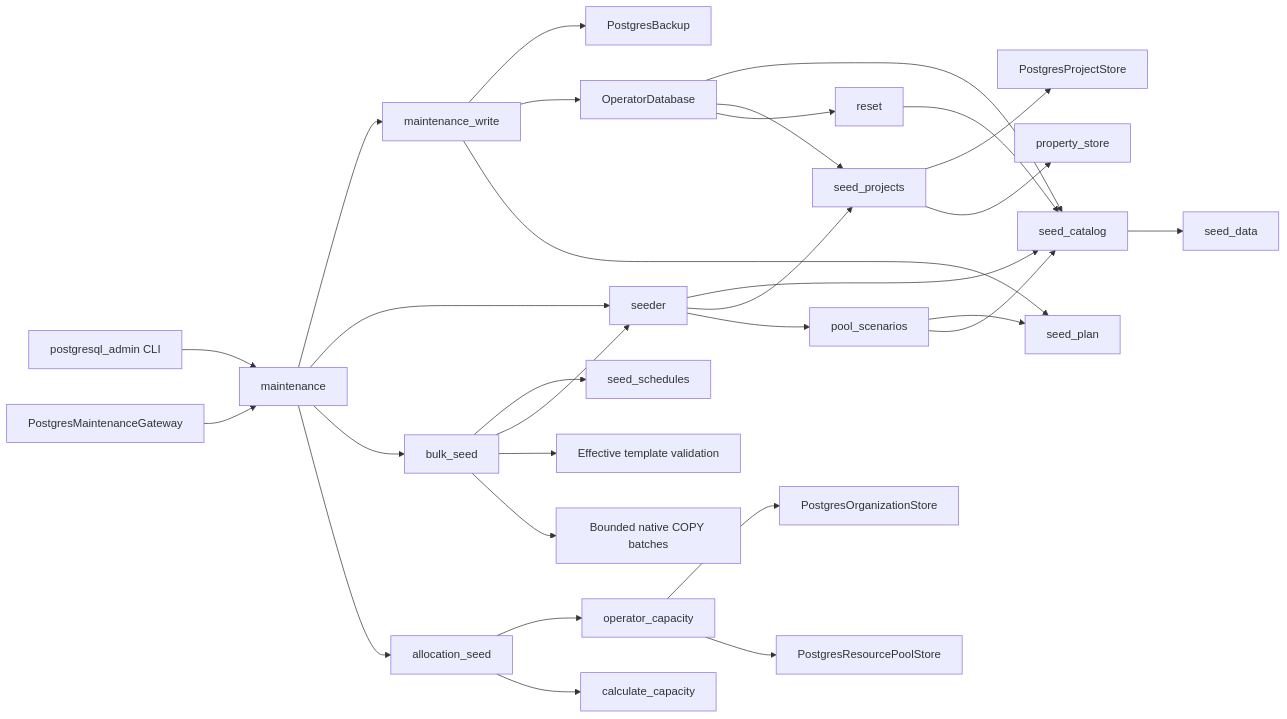
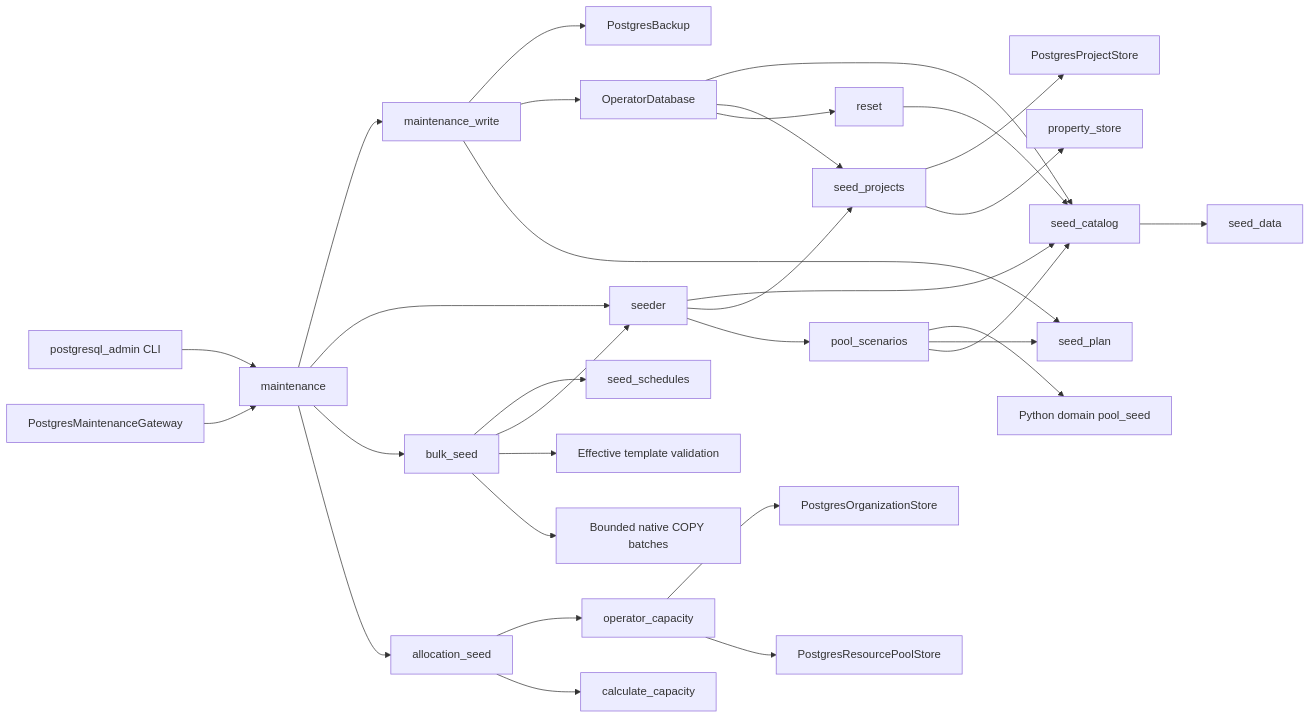
The diagram in docs/implementation/postgresql-seeding.md (cboguet83/eppm_demo), drawn with Mermaid before and after one commit. The commit also changed other lines of this file and 115 other files, not shown here.

````diff
--- a/docs/implementation/postgresql-seeding.md
+++ b/docs/implementation/postgresql-seeding.md
@@ -66,32 +141,33 @@
 ```mermaid
 flowchart LR
     OperatorDatabase --> seed_catalog
     OperatorDatabase --> seed_projects
     OperatorDatabase --> reset
     seed_catalog --> seed_data
     seed_projects --> PostgresProjectStore
     seed_projects --> property_store
     reset --> seed_catalog
     maintenance_write --> PostgresBackup
     maintenance_write --> OperatorDatabase
     maintenance_write --> seed_plan
+    pool_scenarios --> pool_seed[Python domain pool_seed]
     pool_scenarios --> seed_plan
     pool_scenarios --> seed_catalog
     CLI[postgresql_admin CLI] --> maintenance
     maintenance --> maintenance_write
     maintenance --> seeder
     seeder --> seed_catalog
     seeder --> seed_projects
     seeder --> pool_scenarios
     maintenance --> bulk_seed
     bulk_seed --> seed_schedules
     bulk_seed --> seeder
     bulk_seed --> Templates[Effective template validation]
     bulk_seed --> Copy[Bounded native COPY batches]
     PostgresMaintenanceGateway --> maintenance
     maintenance --> allocation_seed
     allocation_seed --> operator_capacity
     operator_capacity --> PostgresOrganizationStore
     operator_capacity --> PostgresResourcePoolStore
     allocation_seed --> calculate_capacity
 ```
````
